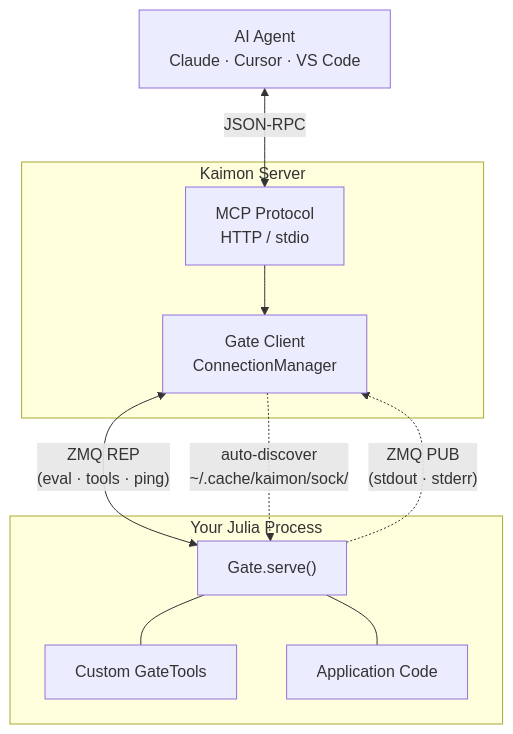
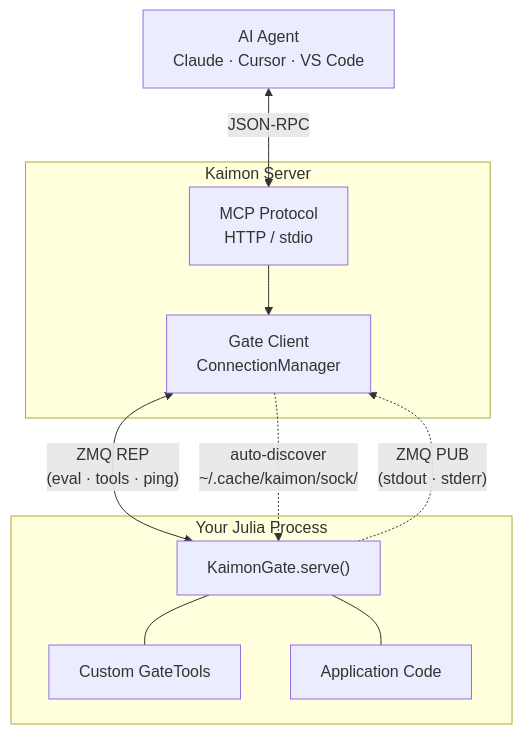
The diagram in docs/src/gate.md (kahliburke/Kaimon.jl), drawn with Mermaid before and after one commit. The commit also changed other lines of this file and 29 other files, not shown here.

````diff
--- a/docs/src/gate.md
+++ b/docs/src/gate.md
@@ -9,23 +20,23 @@
 ```mermaid
 flowchart TD
     agent["AI Agent<br/>Claude · Cursor · VS Code"]
 
     subgraph kaimon["Kaimon Server"]
         mcp["MCP Protocol<br/>HTTP / stdio"]
         gc["Gate Client<br/>ConnectionManager"]
         mcp --> gc
     end
 
     subgraph repl["Your Julia Process"]
-        gate["Gate.serve()"]
+        gate["KaimonGate.serve()"]
         tools["Custom GateTools"]
         code["Application Code"]
         gate --- tools
         gate --- code
     end
 
     agent <-->|"JSON-RPC"| mcp
     gc <-->|"ZMQ REP<br/>(eval · tools · ping)"| gate
     gate -.->|"ZMQ PUB<br/>(stdout · stderr)"| gc
     gc -.->|"auto-discover<br/>~/.cache/kaimon/sock/"| gate
 ```
````
